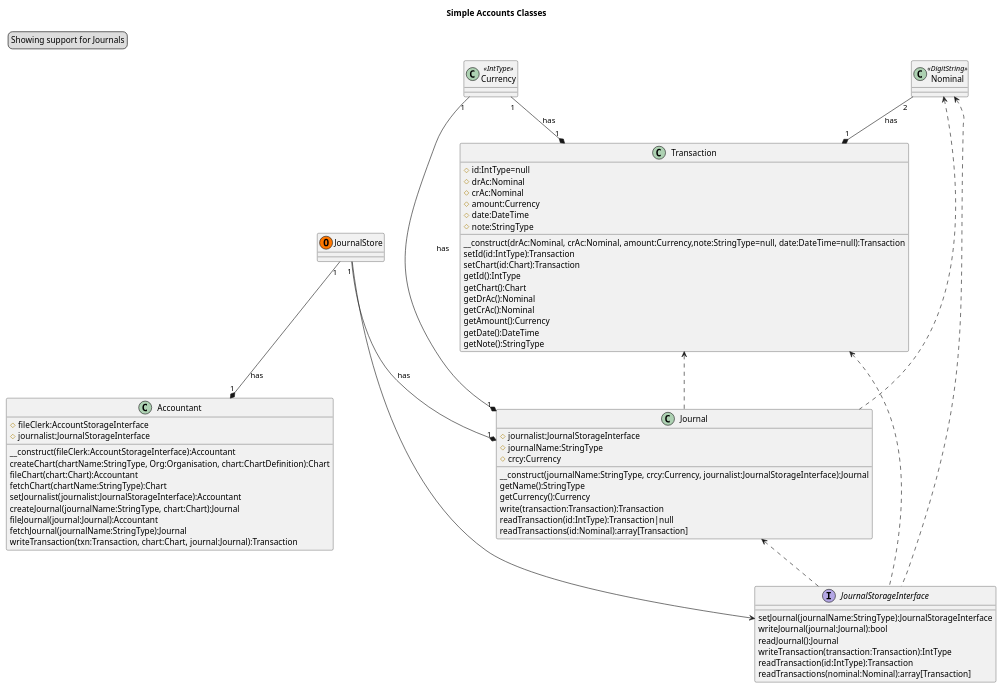
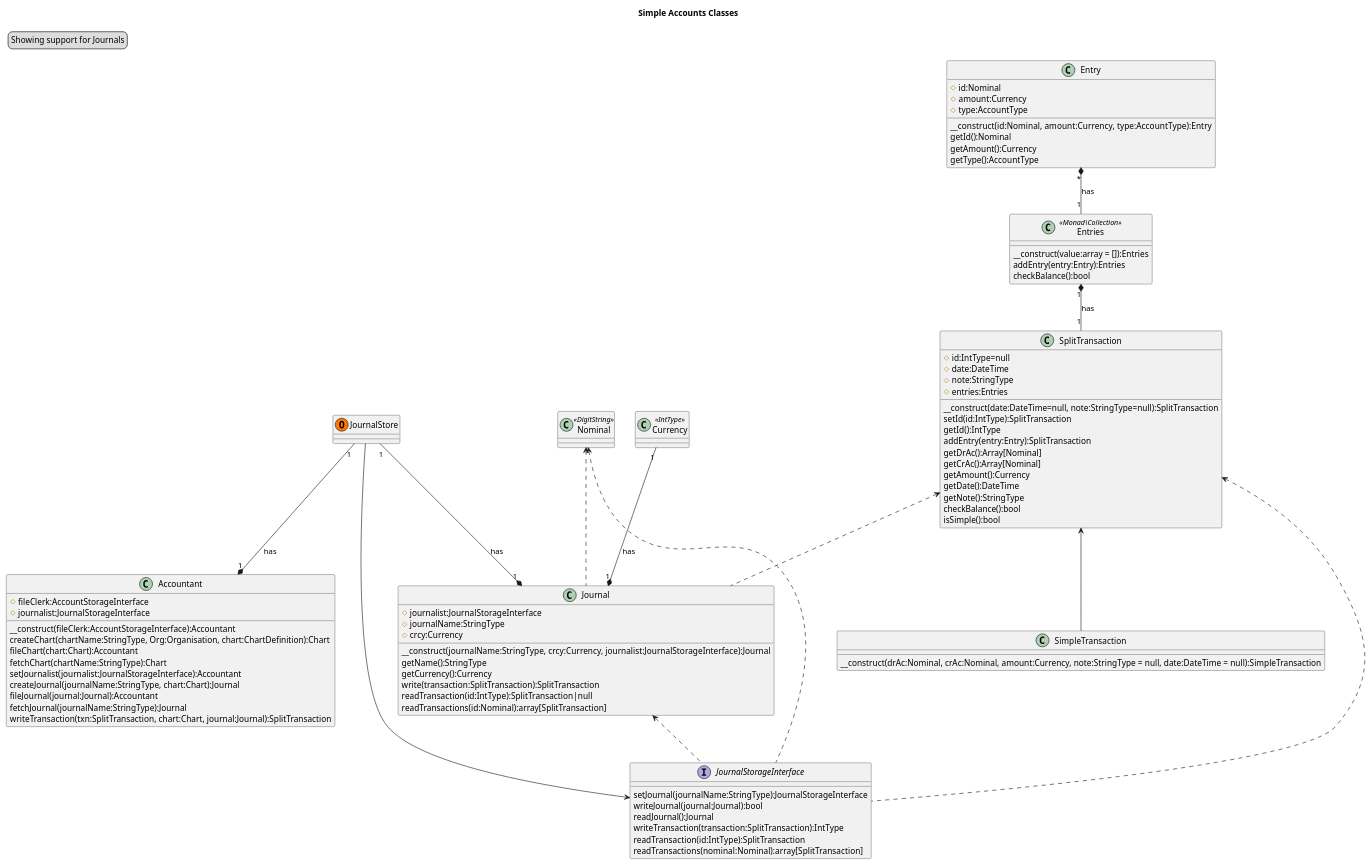
One commit to chippyash/Simple-Accounts changed the diagram in docs/ClassesForJournals.puml. Above: the diagram before and after it, drawn with PlantUML. The commit also changed 3 other files, not shown here.

Commit message:
update docs and uml

```diff
--- a/docs/ClassesForJournals.puml
+++ b/docs/ClassesForJournals.puml
@@ -1,79 +1,100 @@
 @startuml
 title Simple Accounts Classes
 legend top left
     Showing support for Journals
 endlegend
 
 
 class Accountant {
     #fileClerk:AccountStorageInterface
     #journalist:JournalStorageInterface
     __construct(fileClerk:AccountStorageInterface):Accountant
     createChart(chartName:StringType, Org:Organisation, chart:ChartDefinition):Chart
     fileChart(chart:Chart):Accountant
     fetchChart(chartName:StringType):Chart
     setJournalist(journalist:JournalStorageInterface):Accountant
     createJournal(journalName:StringType, chart:Chart):Journal
     fileJournal(journal:Journal):Accountant
     fetchJournal(journalName:StringType):Journal
-    writeTransaction(txn:Transaction, chart:Chart, journal:Journal):Transaction
+    writeTransaction(txn:SplitTransaction, chart:Chart, journal:Journal):SplitTransaction
 }
 
 interface JournalStorageInterface {
     setJournal(journalName:StringType):JournalStorageInterface
     writeJournal(journal:Journal):bool
     readJournal():Journal
-    writeTransaction(transaction:Transaction):IntType
-    readTransaction(id:IntType):Transaction
-    readTransactions(nominal:Nominal):array[Transaction]
+    writeTransaction(transaction:SplitTransaction):IntType
+    readTransaction(id:IntType):SplitTransaction
+    readTransactions(nominal:Nominal):array[SplitTransaction]
 }
 
 class Currency << IntType >>
 
 class JournalStore << (O,#FF7700) >>
+
+class Entry {
+    #id:Nominal
+    #amount:Currency
+    #type:AccountType
+    __construct(id:Nominal, amount:Currency,  type:AccountType):Entry
+    getId():Nominal
+    getAmount():Currency
+    getType():AccountType
+
+}
+
+class Entries << Monad\Collection >> {
+    __construct(value:array = []):Entries
+    addEntry(entry:Entry):Entries
+    checkBalance():bool
+}
 
 class Journal {
     #journalist:JournalStorageInterface
     #journalName:StringType
     #crcy:Currency
     __construct(journalName:StringType, crcy:Currency,  journalist:JournalStorageInterface):Journal
     getName():StringType
     getCurrency():Currency
-    write(transaction:Transaction):Transaction
-    readTransaction(id:IntType):Transaction|null
-    readTransactions(id:Nominal):array[Transaction]
+    write(transaction:SplitTransaction):SplitTransaction
+    readTransaction(id:IntType):SplitTransaction|null
+    readTransactions(id:Nominal):array[SplitTransaction]
 }
 
-class Transaction {
+class SplitTransaction {
     #id:IntType=null
-    #drAc:Nominal
-    #crAc:Nominal
-    #amount:Currency
     #date:DateTime
     #note:StringType
-    __construct(drAc:Nominal, crAc:Nominal, amount:Currency,note:StringType=null, date:DateTime=null):Transaction
-    setId(id:IntType):Transaction
-    setChart(id:Chart):Transaction
+    #entries:Entries
+    __construct(date:DateTime=null, note:StringType=null):SplitTransaction
+    setId(id:IntType):SplitTransaction
     getId():IntType
-    getChart():Chart
-    getDrAc():Nominal
-    getCrAc():Nominal
+    addEntry(entry:Entry):SplitTransaction
+    getDrAc():Array[Nominal]
+    getCrAc():Array[Nominal]
     getAmount():Currency
     getDate():DateTime
     getNote():StringType
+    checkBalance():bool
+    isSimple():bool
+}
+
+class SimpleTransaction {
+    __construct(drAc:Nominal, crAc:Nominal, amount:Currency, note:StringType = null,  date:DateTime = null):SimpleTransaction
 }
 
 class Nominal <<DigitString>>
 
-Transaction <.. Journal
+SplitTransaction <.. Journal
 Currency "1" --* "1" Journal : has
 JournalStorageInterface <-- JournalStore
 JournalStore "1" --* "1" Accountant : has
 JournalStore "1" --* "1" Journal : has
 Nominal <.. Journal
-Nominal "2" --* "1" Transaction : has
-Currency "1" --* "1" Transaction : has
 Nominal <.. JournalStorageInterface
 Journal <.. JournalStorageInterface
-Transaction <.. JournalStorageInterface
+Entry "*" *-- "1" Entries : has
+Entries "1" *-- "1" SplitTransaction : has
+SplitTransaction <.. JournalStorageInterface
+SplitTransaction <-- SimpleTransaction
 @enduml
```
